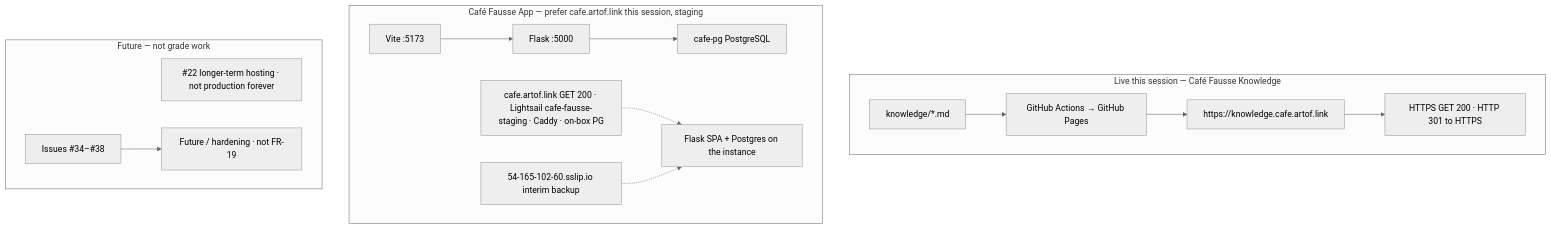
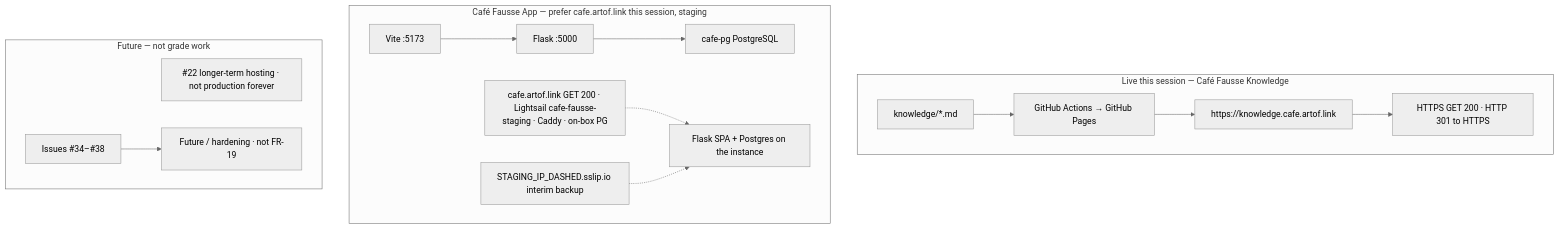
One commit to artofdream/aea-interactive-design changed the diagram in knowledge/friday-plan.md. Above: the diagram before and after it, drawn with Mermaid (neutral theme). The commit also changed other lines of this file and 37 other files, not shown here.

````diff
--- a/knowledge/friday-plan.md
+++ b/knowledge/friday-plan.md
@@ -71,18 +71,18 @@
 ```mermaid
 flowchart TB
   subgraph LIVE["Live this session — Café Fausse Knowledge"]
     MD["knowledge/*.md"] --> BUILD["GitHub Actions → GitHub Pages"]
     BUILD --> KH["https://knowledge.cafe.artof.link"]
     KH --> OK["HTTPS GET 200 · HTTP 301 to HTTPS"]
   end
   subgraph APP["Café Fausse App — prefer cafe.artof.link this session, staging"]
     VITE["Vite :5173"] --> FLASK["Flask :5000"]
     FLASK --> PG["cafe-pg PostgreSQL"]
     SHARE["cafe.artof.link GET 200 · Lightsail cafe-fausse-staging · Caddy · on-box PG"] -.-> BOX["Flask SPA + Postgres on the instance"]
-    BAK["54-165-102-60.sslip.io interim backup"] -.-> BOX
+    BAK["STAGING_IP_DASHED.sslip.io interim backup"] -.-> BOX
   end
   subgraph FUT["Future — not grade work"]
     HOST["#22 longer-term hosting · not production forever"]
     FS["Issues #34–#38"] --> PARK["Future / hardening · not FR-19"]
   end
 ```
````
